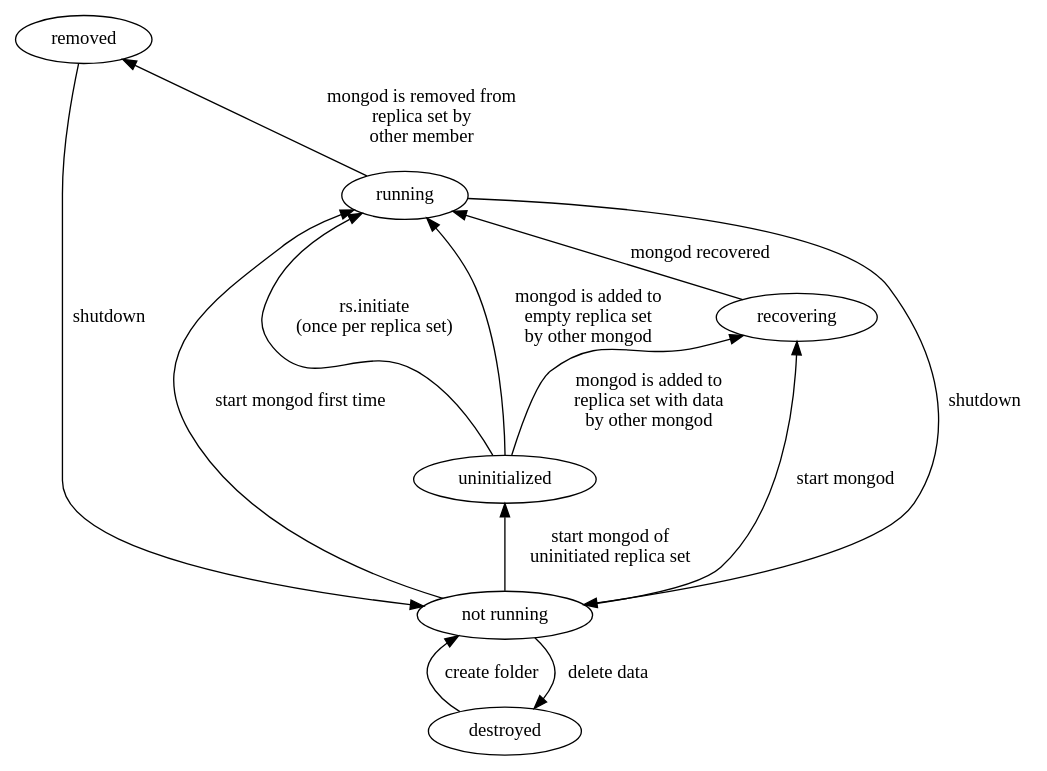
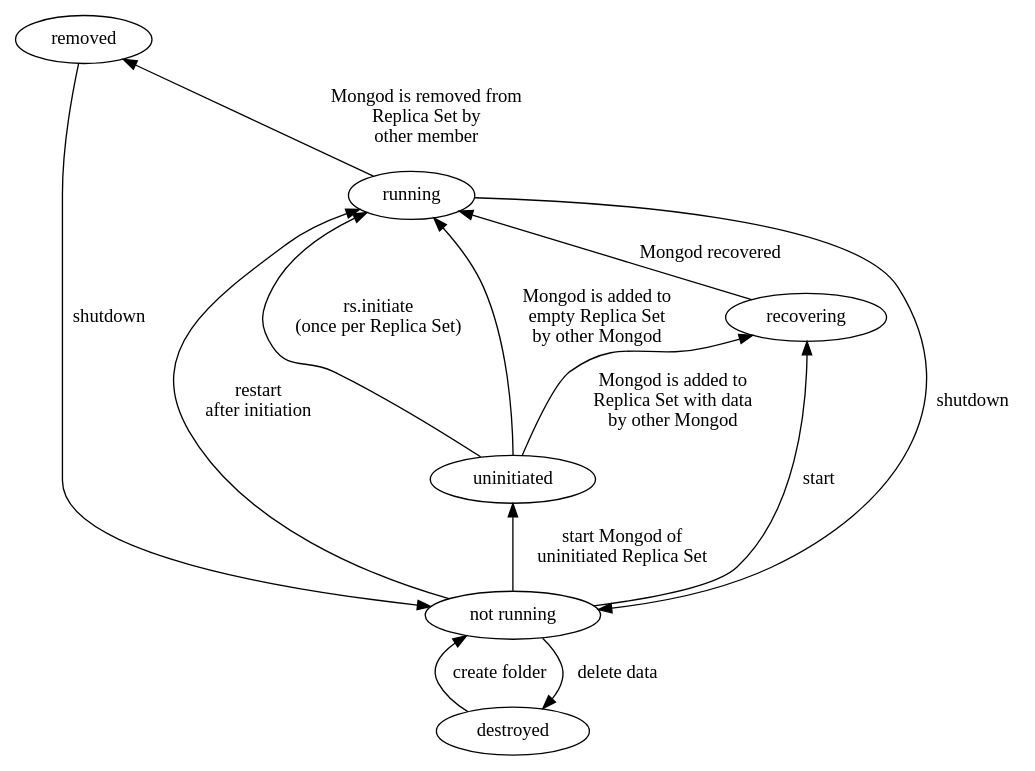
One commit to KIT-MAMID/doc changed the diagram in final_presentation/assets/mongod_states.dot. Above: the diagram before and after it, drawn with Graphviz. The commit also changed 1 other file, not shown here.

Commit message:
FIX: mongod states graphs: typos

```diff
--- a/final_presentation/assets/mongod_states.dot
+++ b/final_presentation/assets/mongod_states.dot
@@ -1,33 +1,33 @@
 digraph mongod_states
 {
 
     rankdir=BT;
 
     d [label="destroyed", rank=min];
     nr [label="not running"];
-    unin [label="uninitialized"];
+    unin [label="uninitiated"];
     rem [label="removed"];
     rec [label="recovering"];
     run [label="running", rank=max];
 
 
     d -> nr [label="create folder"];
-    nr -> rec [label="start mongod"];
-    rec -> run [label="mongod recovered"];
-    nr -> run [label="start mongod first time"];
+    nr -> rec [label="start"];
+    rec -> run [label="Mongod recovered"];
+    nr -> run [label="restart\nafter initiation"];
     run -> nr [label="shutdown"];
     nr -> d [label="delete data"];
 
-    nr -> unin [label="start mongod of\nuninitiated replica set"];
-    unin-> rec [label="mongod is added to\nreplica set with data\nby other mongod"];
-    unin -> run [label="rs.initiate\n(once per replica set)"];
-    unin -> run [label="mongod is added to\nempty replica set \nby other mongod"];
-    run -> rem [label="mongod is removed from\nreplica set by\nother member"];
+    nr -> unin [label="start Mongod of\nuninitiated Replica Set"];
+    unin-> rec [label="Mongod is added to\nReplica Set with data\nby other Mongod"];
+    unin -> run [label="rs.initiate\n(once per Replica Set)"];
+    unin -> run [label="Mongod is added to\nempty Replica Set \nby other Mongod"];
+    run -> rem [label="Mongod is removed from\nReplica Set by\nother member"];
     rem -> nr [label="shutdown"];
 /*
     run -> d [label="kill force"];
     unin -> d [label="kill force"];
     rec -> d [label="kill force"];
     rem -> d [label="kill force"];
 */
 }
```
